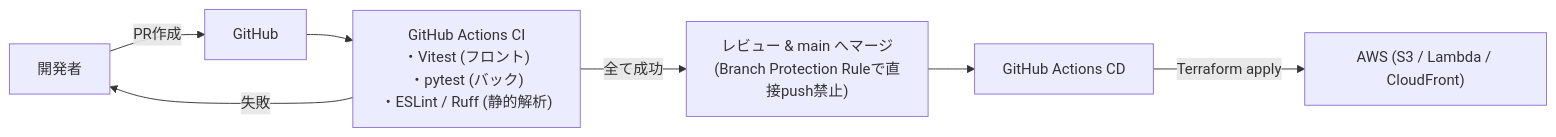
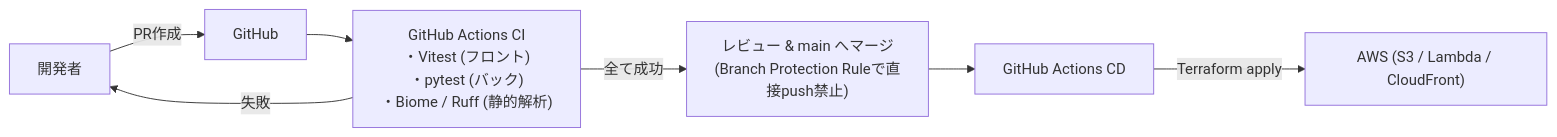
The seventh of 8 diagrams in docs/architecture.md (EisukeHishikawa/adapt-sheet), drawn with Mermaid before and after one commit. The commit also changed other lines of this file and 55 other files, not shown here.

````diff
--- a/docs/architecture.md
+++ b/docs/architecture.md
@@ -245,9 +245,9 @@
 ```mermaid
 flowchart LR
     Dev["開発者"] -->|PR作成| GitHub["GitHub"]
-    GitHub --> CI["GitHub Actions CI<br/>・Vitest (フロント)<br/>・pytest (バック)<br/>・ESLint / Ruff (静的解析)"]
+    GitHub --> CI["GitHub Actions CI<br/>・Vitest (フロント)<br/>・pytest (バック)<br/>・Biome / Ruff (静的解析)"]
     CI -->|全て成功| Review["レビュー & main へマージ<br/>(Branch Protection Ruleで直接push禁止)"]
     CI -->|失敗| Dev
     Review --> CD["GitHub Actions CD"]
     CD -->|"Terraform apply"| AWSInfra["AWS (S3 / Lambda / CloudFront)"]
 ```
````
